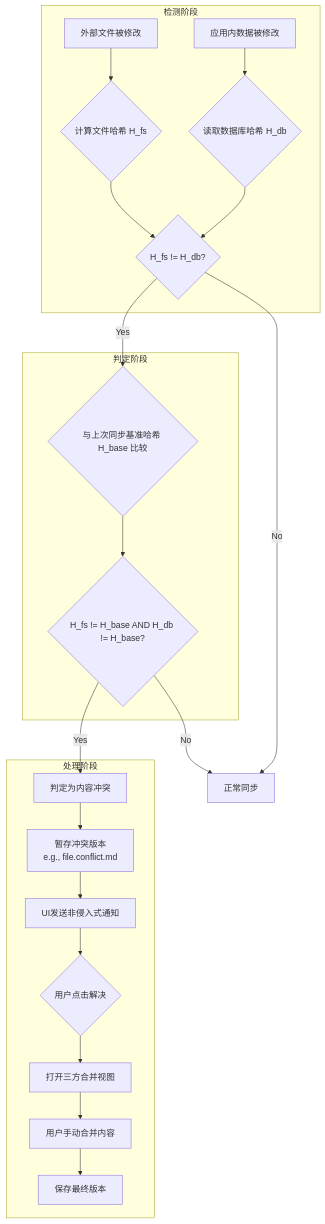
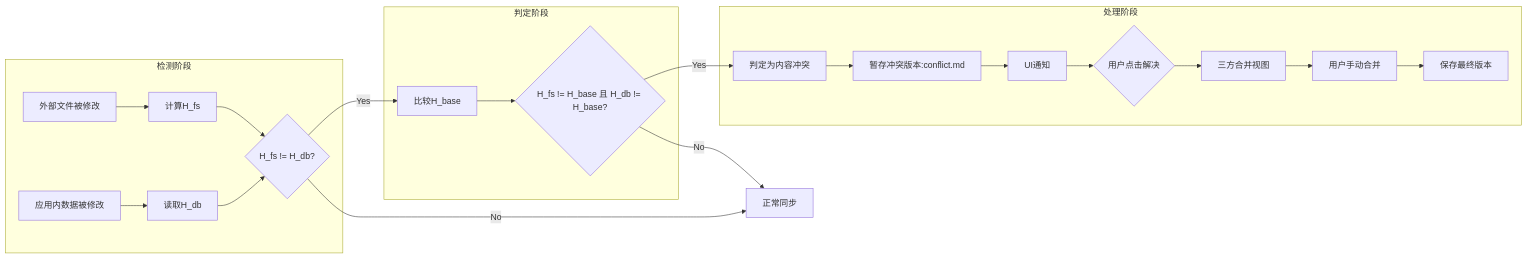
The third of 7 diagrams in RFCs/RFC-001-Intelligent-File-Management-and-Bidirectional-Sync.md (wibus-wee/ClarityFile), drawn with Mermaid before and after one commit. The commit also changed other lines of this file, not shown here.

Commit message:
refactor(RFC): improve the flow

````diff
--- a/RFCs/RFC-001-Intelligent-File-Management-and-Bidirectional-Sync.md
+++ b/RFCs/RFC-001-Intelligent-File-Management-and-Bidirectional-Sync.md
@@ -115,23 +105,24 @@
 ```mermaid
-graph TD
-    subgraph "检测阶段"
-        A[外部文件被修改] --> C{计算文件哈希 H_fs};
-        B[应用内数据被修改] --> D{读取数据库哈希 H_db};
-        C & D --> E{H_fs != H_db?};
+graph LR
+    subgraph 检测阶段
+        A[外部文件被修改] --> C[计算H_fs]
+        B[应用内数据被修改] --> D[读取H_db]
+        C --> E{H_fs != H_db?}
+        D --> E
     end
-    subgraph "判定阶段"
-        E -- Yes --> F{与上次同步基准哈希 H_base 比较};
-        F --> G{H_fs != H_base AND H_db != H_base?};
+    subgraph 判定阶段
+        E -- Yes --> F[比较H_base]
+        F --> G{H_fs != H_base 且 H_db != H_base?}
     end
-    subgraph "处理阶段"
-        G -- Yes --> H[判定为内容冲突];
-        H --> I[暂存冲突版本<br>e.g., file.conflict.md];
-        I --> J[UI发送非侵入式通知];
-        J --> K{用户点击解决};
-        K --> L[打开三方合并视图];
-        L --> M[用户手动合并内容];
-        M --> N[保存最终版本];
+    subgraph 处理阶段
+        G -- Yes --> H[判定为内容冲突]
+        H --> I[暂存冲突版本:conflict.md]
+        I --> J[UI通知]
+        J --> K{用户点击解决}
+        K --> L[三方合并视图]
+        L --> M[用户手动合并]
+        M --> N[保存最终版本]
     end
-    E -- No --> Z[正常同步];
-    G -- No --> Z;
+    E -- No --> Z[正常同步]
+    G -- No --> Z
 ```
````
